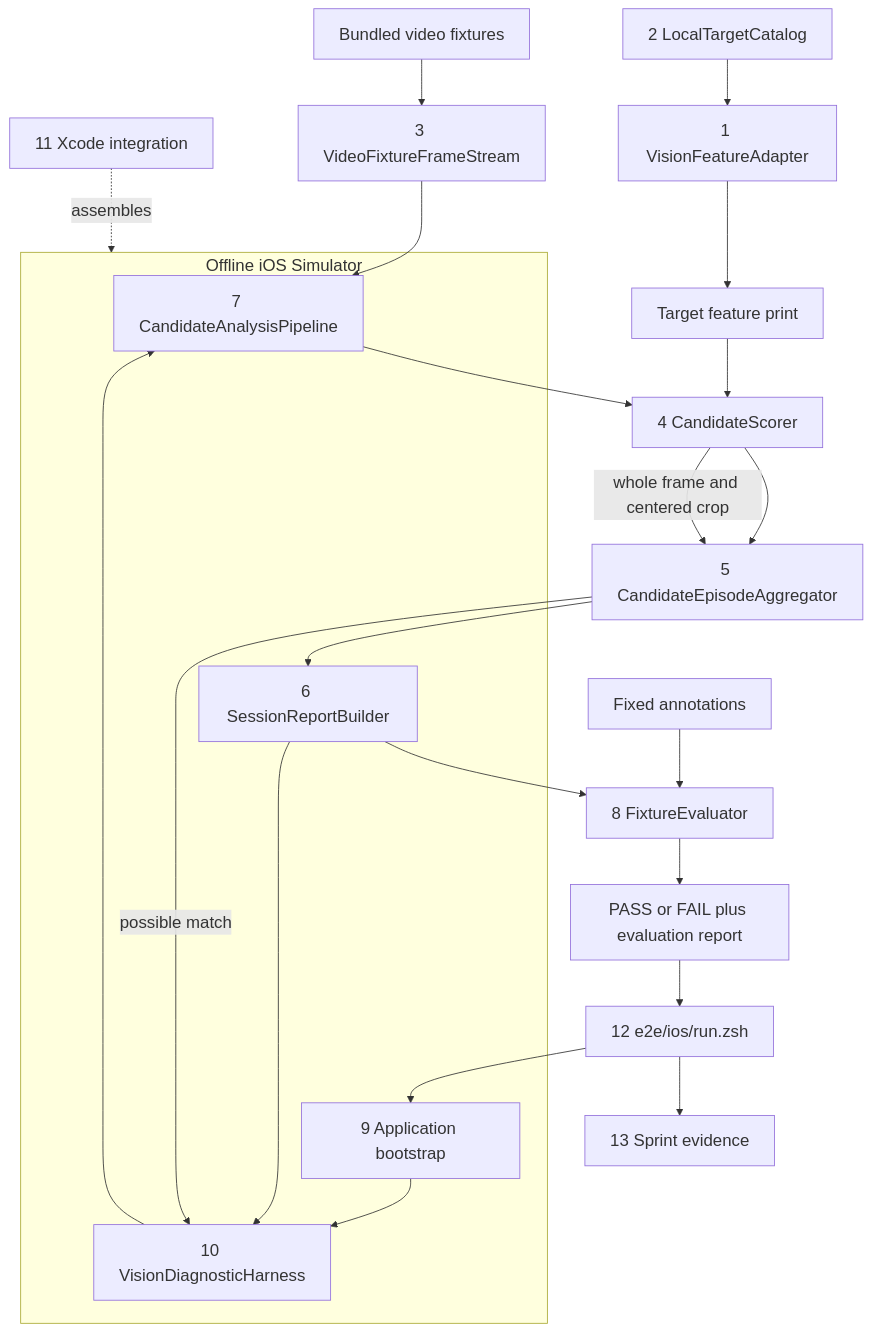
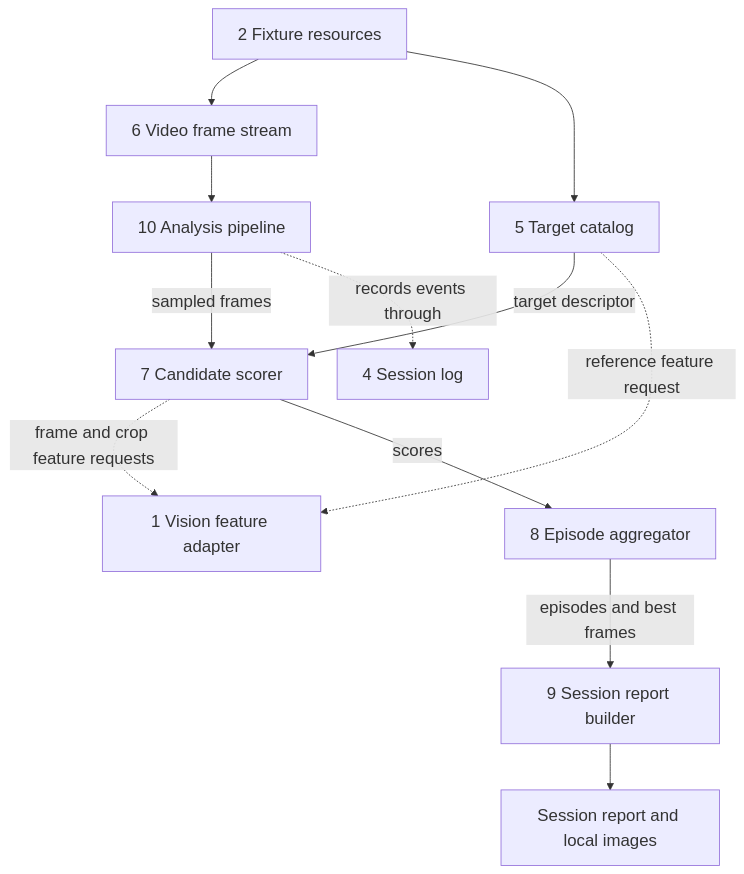
Before and after one commit to pabloelustondo/aishop: the first of 2 diagrams in ios/AIShop/01-docs/07-planning/sprints/sprint-001-candidate-target-signal/03-component-diagram.md, drawn with Mermaid. The commit also changed other lines of this file and 4 other files, not shown here.

````diff
--- a/ios/AIShop/01-docs/07-planning/sprints/sprint-001-candidate-target-signal/03-component-diagram.md
+++ b/ios/AIShop/01-docs/07-planning/sprints/sprint-001-candidate-target-signal/03-component-diagram.md
@@ -6,31 +6,15 @@
 ```mermaid
 %%{init: {"themeVariables": {"fontSize": "20px"}, "flowchart": {"nodeSpacing": 35, "rankSpacing": 55}}}%%
 flowchart TB
-    F[Bundled video fixtures] --> S[3 VideoFixtureFrameStream]
-    S --> P[7 CandidateAnalysisPipeline]
-
-    C[2 LocalTargetCatalog] --> A[1 VisionFeatureAdapter]
-    A --> R[Target feature print]
-    R --> Q[4 CandidateScorer]
-    P --> Q
-    Q --> G[5 CandidateEpisodeAggregator]
-    G --> B[6 SessionReportBuilder]
-
-    N[Fixed annotations] --> E[8 FixtureEvaluator]
-    B --> E
-    E --> O[PASS or FAIL plus evaluation report]
-
-    subgraph Simulator[Offline iOS Simulator]
-        X[9 Application bootstrap] --> H[10 VisionDiagnosticHarness]
-        H --> P
-        B --> H
-    end
-
-    I[11 Xcode integration] -. assembles .-> Simulator
-    T[12 e2e/ios/run.zsh] --> X
-    O --> T
-    T --> D[13 Sprint evidence]
-
-    Q -- whole frame and centered crop --> G
-    G -- possible match --> H
+    F[2 Fixture resources] --> S[6 Video frame stream]
+    F --> C[5 Target catalog]
+    S --> P[10 Analysis pipeline]
+    C -- target descriptor --> Q[7 Candidate scorer]
+    P -- sampled frames --> Q
+    Q -. frame and crop feature requests .-> A[1 Vision feature adapter]
+    C -. reference feature request .-> A
+    Q -- scores --> G[8 Episode aggregator]
+    G -- episodes and best frames --> B[9 Session report builder]
+    P -. records events through .-> L[4 Session log]
+    B --> R[Session report and local images]
 ```
````
